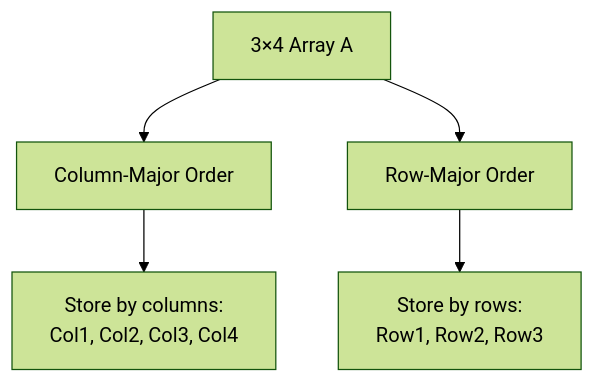
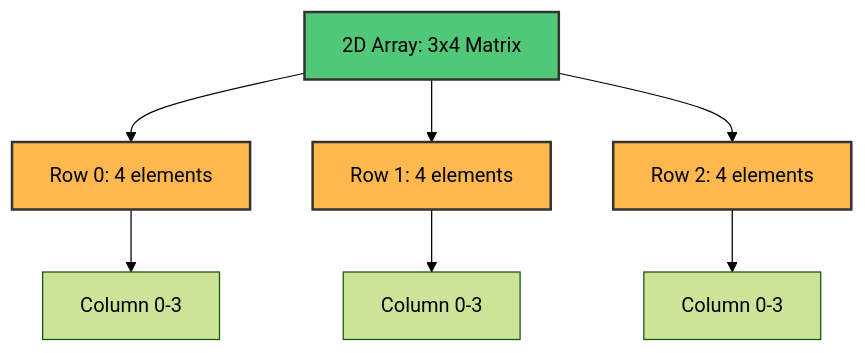
The tenth of 15 diagrams in Chapter 4 - Arrays, Records and Pointers/README.md (M-F-Tushar/CSE-2101-Data-Structure), drawn with Mermaid (forest theme) before and after one commit. The commit also changed other lines of this file, not shown here.

````diff
--- a/Chapter 4 - Arrays, Records and Pointers/README.md
+++ b/Chapter 4 - Arrays, Records and Pointers/README.md
@@ -1483,7 +791,15 @@
 ```mermaid
 graph TD
-    A[3×4 Array A] --> B[Column-Major Order]
-    A --> C[Row-Major Order]
-    B --> D[Store by columns:<br/>Col1, Col2, Col3, Col4]
-    C --> E[Store by rows:<br/>Row1, Row2, Row3]
+    A[2D Array: 3x4 Matrix] --> B[Row 0: 4 elements]
+    A --> C[Row 1: 4 elements]
+    A --> D[Row 2: 4 elements]
+    
+    B --> E[Column 0-3]
+    C --> F[Column 0-3]
+    D --> G[Column 0-3]
+    
+    style A fill:#50C878,stroke:#333,stroke-width:2px,color:#000
+    style B fill:#FFB84D,stroke:#333,stroke-width:2px,color:#000
+    style C fill:#FFB84D,stroke:#333,stroke-width:2px,color:#000
+    style D fill:#FFB84D,stroke:#333,stroke-width:2px,color:#000
 ```
````
